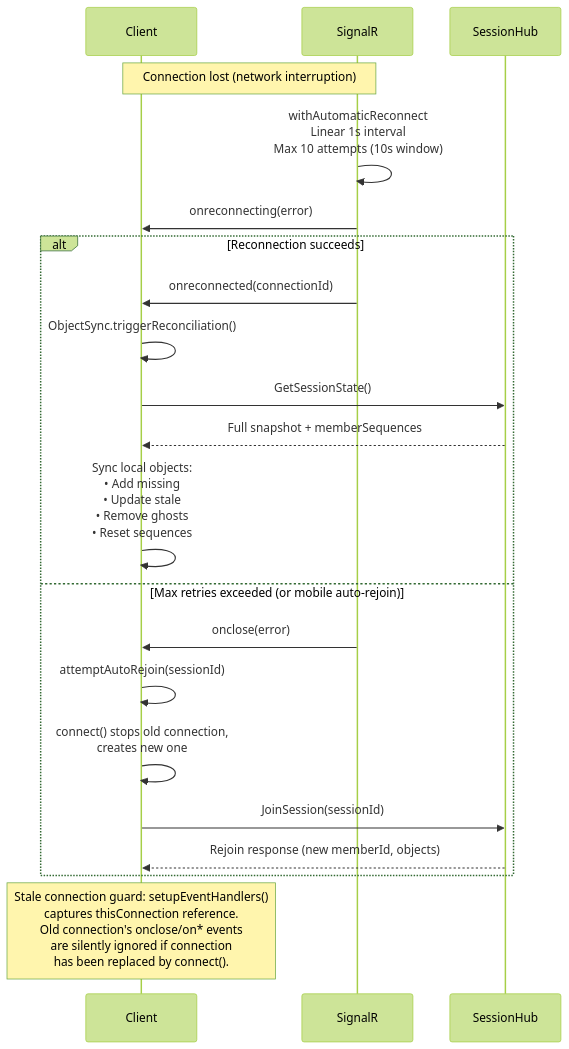
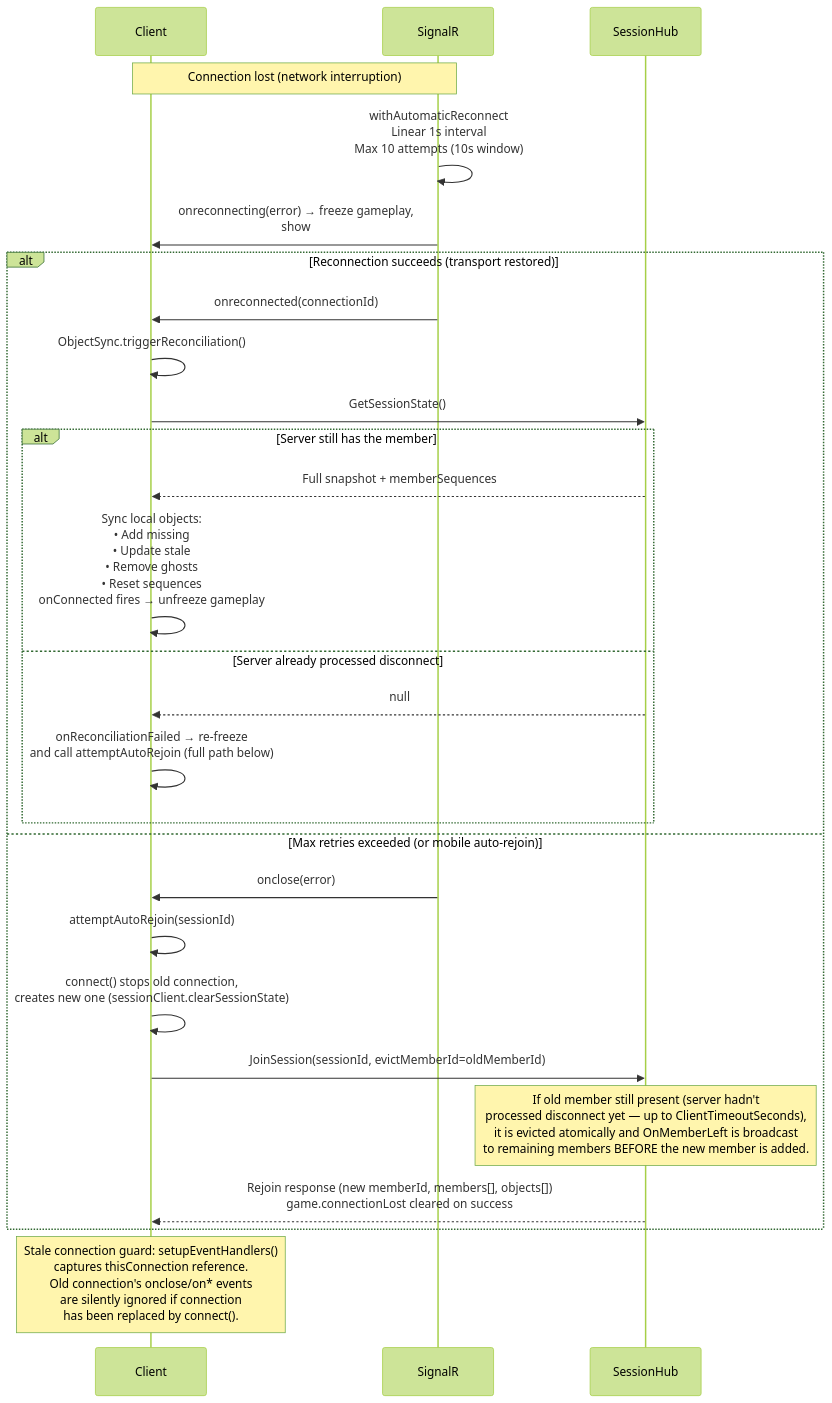
Before and after one commit to badvoidstar/asteroids: diagram 29 of 33 in ARCHITECTURE.md, drawn with Mermaid (forest theme). The commit also changed other lines of this file, not shown here.

First line of the commit message:
docs: update ARCHITECTURE.md to current code state

````diff
--- a/ARCHITECTURE.md
+++ b/ARCHITECTURE.md
@@ -757,28 +806,35 @@
 ```mermaid
 sequenceDiagram
     participant C as Client
     participant SR as SignalR
     participant HUB as SessionHub
 
     Note over C,SR: Connection lost (network interruption)
 
     SR->>SR: withAutomaticReconnect<br/>Linear 1s interval<br/>Max 10 attempts (10s window)
 
-    SR->>C: onreconnecting(error)
+    SR->>C: onreconnecting(error) → freeze gameplay,<br/>show #reconnecting-overlay
 
-    alt Reconnection succeeds
+    alt Reconnection succeeds (transport restored)
         SR->>C: onreconnected(connectionId)
         C->>C: ObjectSync.triggerReconciliation()
         C->>HUB: GetSessionState()
-        HUB-->>C: Full snapshot + memberSequences
-        C->>C: Sync local objects:<br/>• Add missing<br/>• Update stale<br/>• Remove ghosts<br/>• Reset sequences
+
+        alt Server still has the member
+            HUB-->>C: Full snapshot + memberSequences
+            C->>C: Sync local objects:<br/>• Add missing<br/>• Update stale<br/>• Remove ghosts<br/>• Reset sequences<br/>onConnected fires → unfreeze gameplay
+        else Server already processed disconnect
+            HUB-->>C: null
+            C->>C: onReconciliationFailed → re-freeze<br/>and call attemptAutoRejoin (full path below)
+        end
     else Max retries exceeded (or mobile auto-rejoin)
         SR->>C: onclose(error)
         C->>C: attemptAutoRejoin(sessionId)
-        C->>C: connect() stops old connection,<br/>creates new one
-        C->>HUB: JoinSession(sessionId)
-        HUB-->>C: Rejoin response (new memberId, objects)
+        C->>C: connect() stops old connection,<br/>creates new one (sessionClient.clearSessionState)
+        C->>HUB: JoinSession(sessionId, evictMemberId=oldMemberId)
+        Note over HUB: If old member still present (server hadn't<br/>processed disconnect yet — up to ClientTimeoutSeconds),<br/>it is evicted atomically and OnMemberLeft is broadcast<br/>to remaining members BEFORE the new member is added.
+        HUB-->>C: Rejoin response (new memberId, members[], objects[])<br/>game.connectionLost cleared on success
     end
 
     Note over C: Stale connection guard: setupEventHandlers()<br/>captures thisConnection reference.<br/>Old connection's onclose/on* events<br/>are silently ignored if connection<br/>has been replaced by connect().
 ```
````
